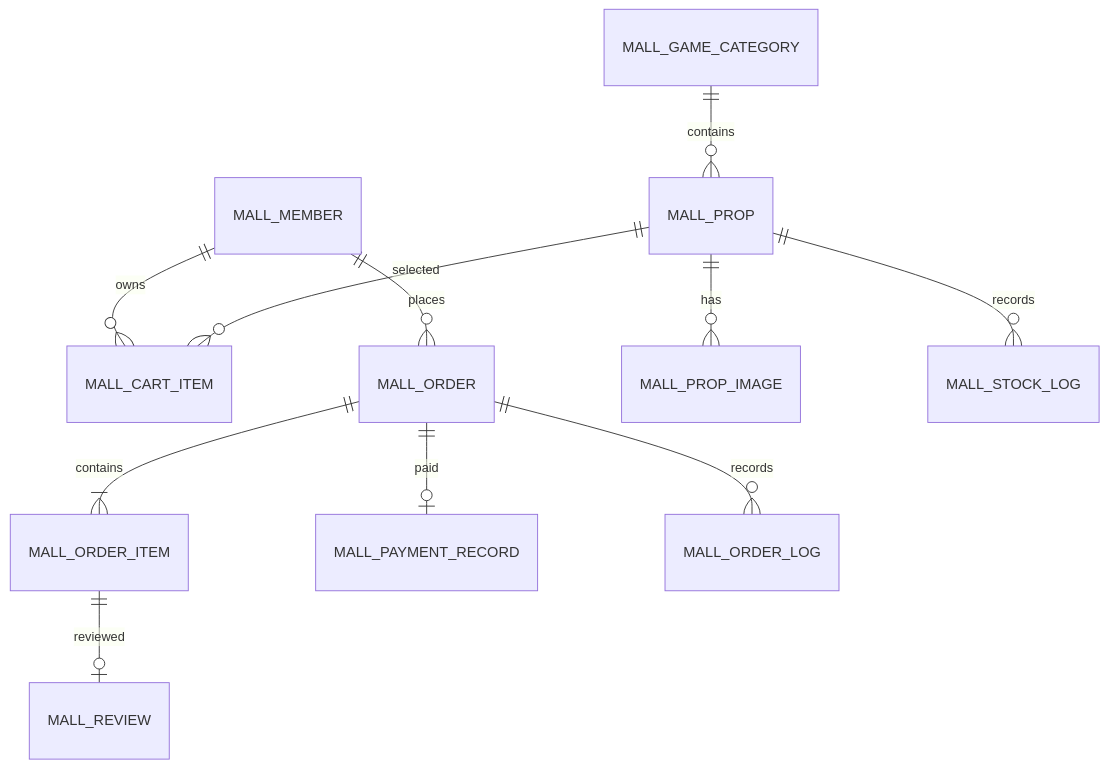
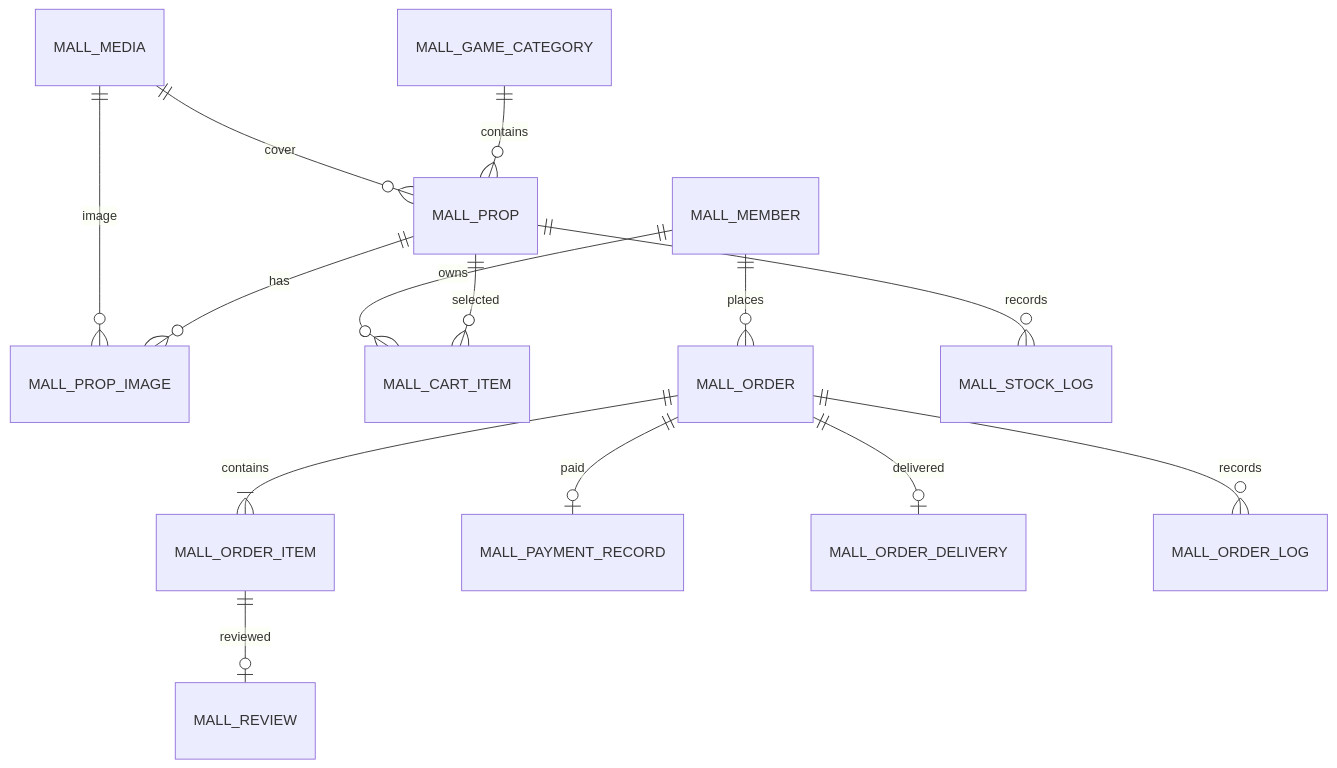
One commit to followTheWind223/gcSystem changed the second of 3 diagrams in docs/开发流程与架构设计.md. Above: the diagram before and after it, drawn with Mermaid. The commit also changed other lines of this file and 1027 other files, not shown here.

````diff
--- a/docs/开发流程与架构设计.md
+++ b/docs/开发流程与架构设计.md
@@ -222,13 +220,16 @@
 ```mermaid
 erDiagram
+    MALL_MEDIA ||--o{ MALL_PROP : cover
+    MALL_MEDIA ||--o{ MALL_PROP_IMAGE : image
     MALL_MEMBER ||--o{ MALL_CART_ITEM : owns
     MALL_MEMBER ||--o{ MALL_ORDER : places
     MALL_GAME_CATEGORY ||--o{ MALL_PROP : contains
     MALL_PROP ||--o{ MALL_PROP_IMAGE : has
     MALL_PROP ||--o{ MALL_CART_ITEM : selected
     MALL_ORDER ||--|{ MALL_ORDER_ITEM : contains
     MALL_ORDER ||--o| MALL_PAYMENT_RECORD : paid
+    MALL_ORDER ||--o| MALL_ORDER_DELIVERY : delivered
     MALL_ORDER ||--o{ MALL_ORDER_LOG : records
     MALL_PROP ||--o{ MALL_STOCK_LOG : records
     MALL_ORDER_ITEM ||--o| MALL_REVIEW : reviewed
 ```
````
